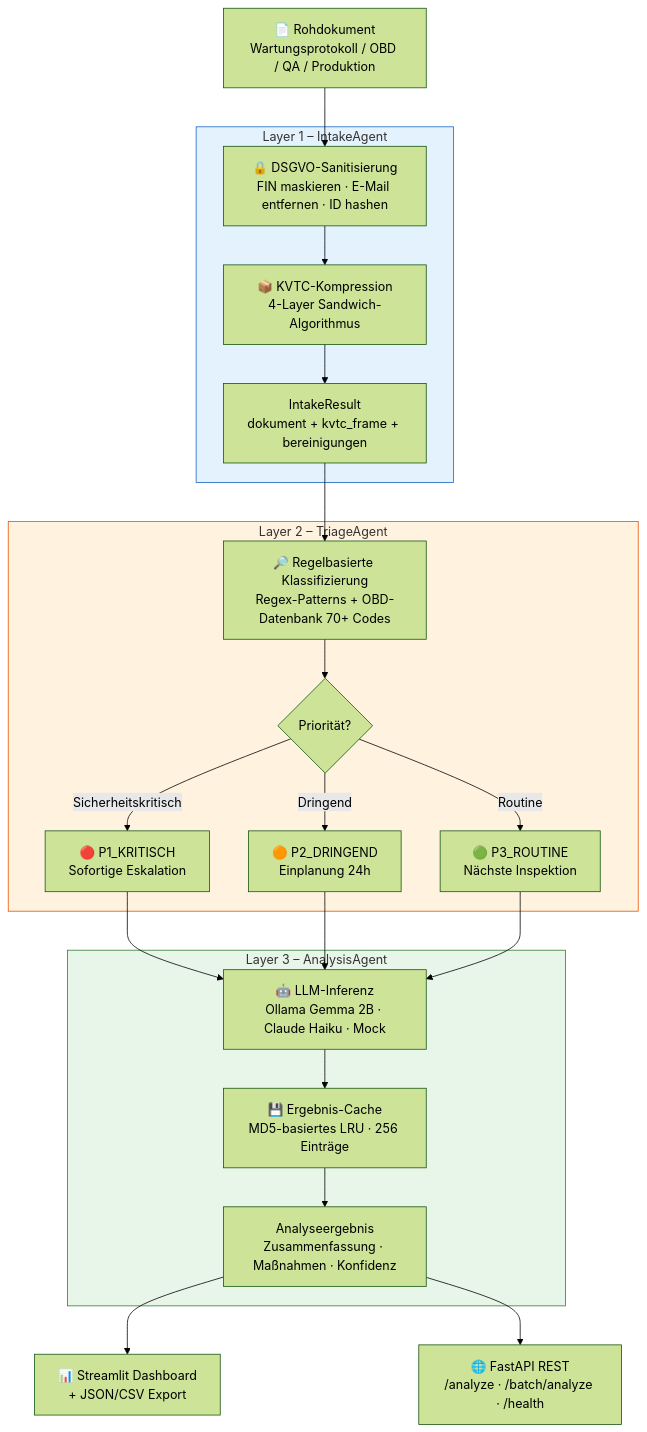
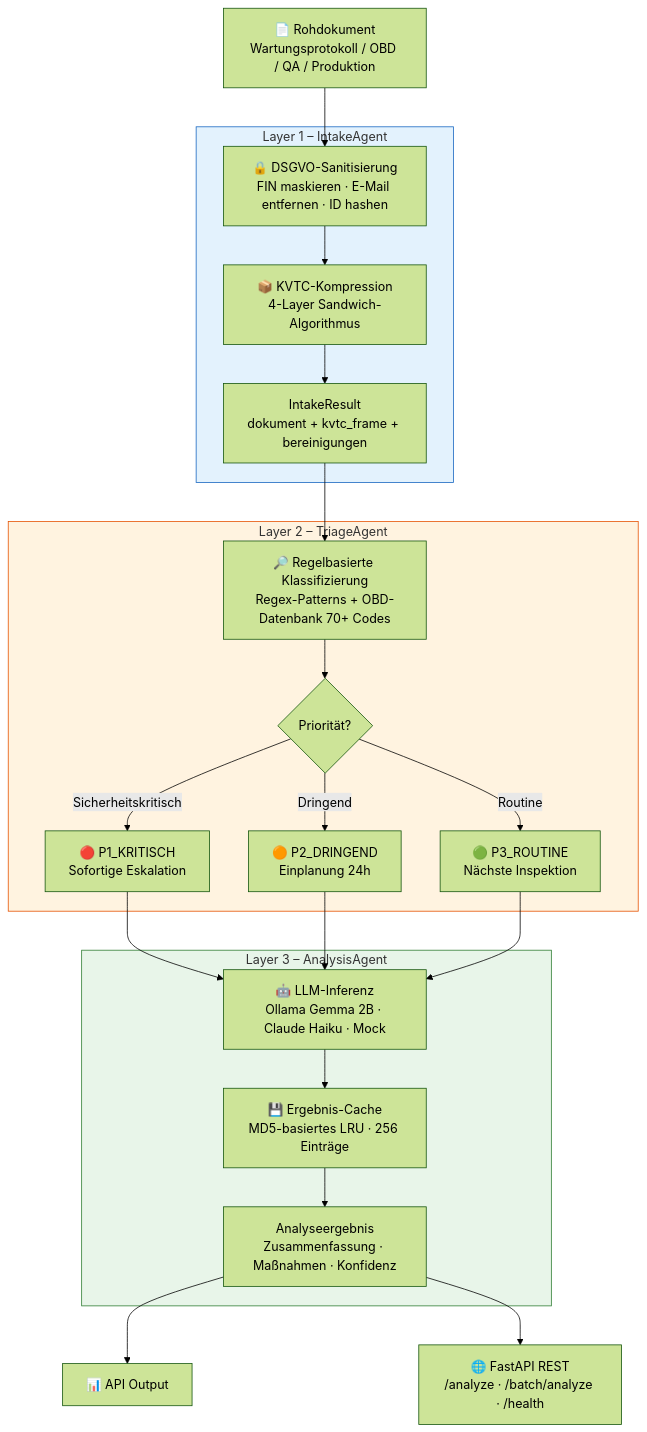
One commit to ProfRandom92/Comptext-Daimler-Experiment- changed the first of 6 diagrams in README.md. Above: the diagram before and after it, drawn with Mermaid (forest theme). The commit also changed other lines of this file and 29 other files, not shown here.

````diff
--- a/README.md
+++ b/README.md
@@ -103,35 +108,35 @@
 ```mermaid
 flowchart TD
     A[📄 Rohdokument\nWartungsprotokoll / OBD / QA / Produktion] --> B
 
     subgraph Layer1["Layer 1 – IntakeAgent"]
         B[🔒 DSGVO-Sanitisierung\nFIN maskieren · E-Mail entfernen · ID hashen]
         B --> C[📦 KVTC-Kompression\n4-Layer Sandwich-Algorithmus]
         C --> D[IntakeResult\ndokument + kvtc_frame + bereinigungen]
     end
 
     D --> E
 
     subgraph Layer2["Layer 2 – TriageAgent"]
         E[🔎 Regelbasierte Klassifizierung\nRegex-Patterns + OBD-Datenbank 70+ Codes]
         E --> F{Priorität?}
         F -->|Sicherheitskritisch| G[🔴 P1_KRITISCH\nSofortige Eskalation]
         F -->|Dringend| H[🟠 P2_DRINGEND\nEinplanung 24h]
         F -->|Routine| I[🟢 P3_ROUTINE\nNächste Inspektion]
     end
 
     G & H & I --> J
 
     subgraph Layer3["Layer 3 – AnalysisAgent"]
         J[🤖 LLM-Inferenz\nOllama Gemma 2B · Claude Haiku · Mock]
         J --> K[💾 Ergebnis-Cache\nMD5-basiertes LRU · 256 Einträge]
         K --> L[Analyseergebnis\nZusammenfassung · Maßnahmen · Konfidenz]
     end
 
-    L --> M[📊 Streamlit Dashboard\n+ JSON/CSV Export]
+    L --> M[📊 API Output]
     L --> N[🌐 FastAPI REST\n/analyze · /batch/analyze · /health]
 
     style Layer1 fill:#E3F2FD,stroke:#1565C0
     style Layer2 fill:#FFF3E0,stroke:#E65100
     style Layer3 fill:#E8F5E9,stroke:#2E7D32
 ```
````
